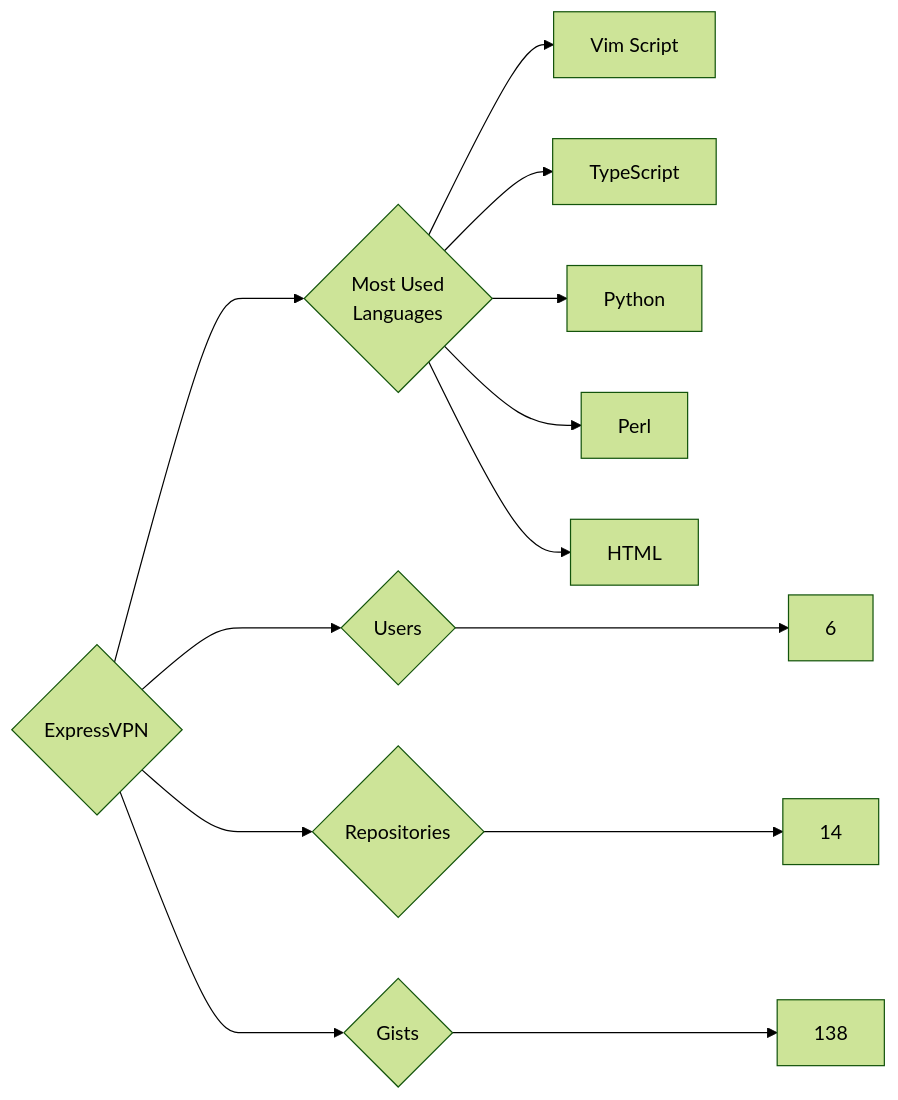
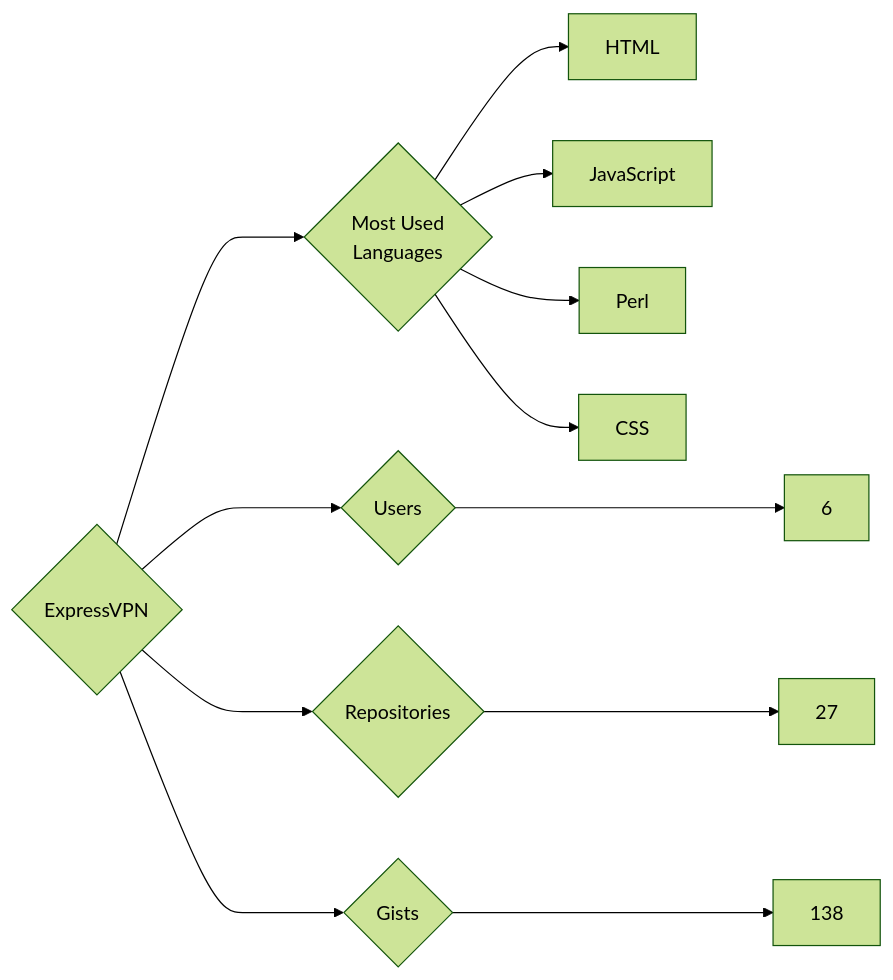
The diagram in targets/ExpressVPN/README.md (trickest/insiders), drawn with Mermaid (forest theme) before and after one commit. The commit also changed 988 other files, not shown here.

````diff
--- a/targets/ExpressVPN/README.md
+++ b/targets/ExpressVPN/README.md
@@ -3,13 +3,12 @@
 ```mermaid
 graph LR
 COMPANY_NAME{ExpressVPN}
 COMPANY_NAME ---> U{Users} ---> UN[6]
-COMPANY_NAME ---> R{Repositories} ---> RN[14]
+COMPANY_NAME ---> R{Repositories} ---> RN[27]
 COMPANY_NAME ---> G{Gists} ---> GN[138]
 COMPANY_NAME ---> ML{Most Used<br>Languages}
-ML --> Vim_Script[Vim Script]
-ML --> TypeScript[TypeScript]
-ML --> Python[Python]
+ML --> HTML[HTML]
+ML --> JavaScript[JavaScript]
 ML --> Perl[Perl]
-ML --> HTML[HTML]
+ML --> CSS[CSS]
 ```
````
